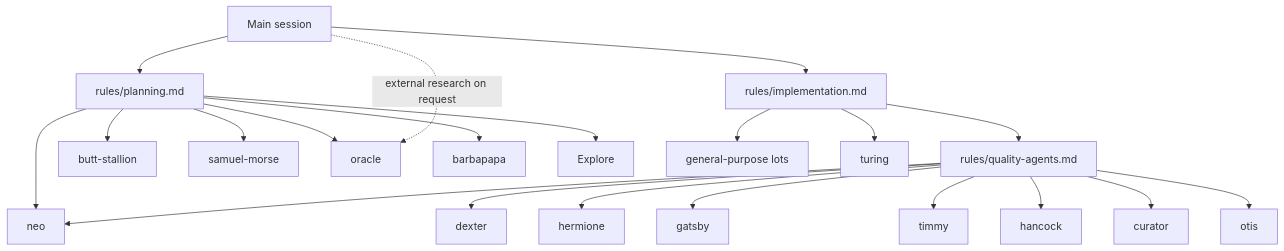
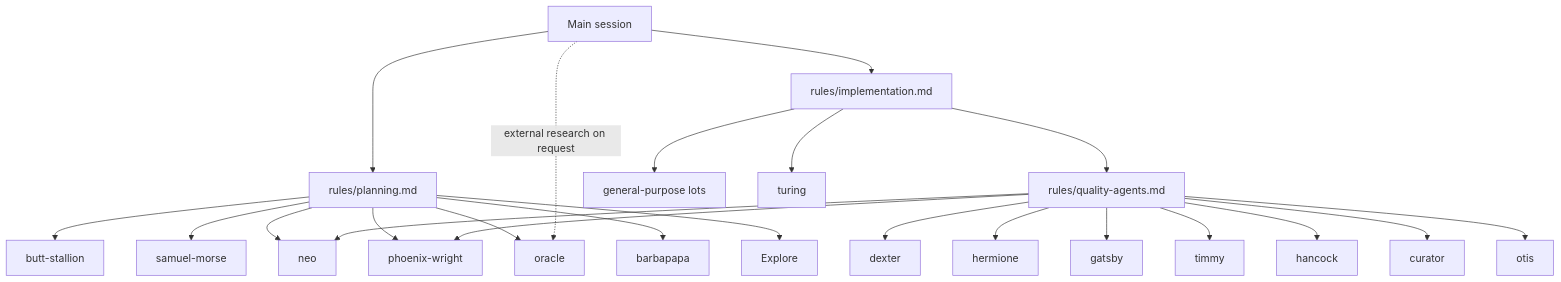
One commit to ThibaultAuge/myAgents changed the first of 2 diagrams in README.md. Above: the diagram before and after it, drawn with Mermaid. The commit also changed other lines of this file and 10 other files, not shown here.

First line of the commit message:
Add phoenix-wright legal compliance agent and per-user agent opt-outs

````diff
--- a/README.md
+++ b/README.md
@@ -62,47 +62,50 @@
 ```mermaid
 flowchart TD
     Session[Main session]
     Planning[rules/planning.md]
     Implementation[rules/implementation.md]
     Quality[rules/quality-agents.md]
 
     Butt[butt-stallion]
     Samuel[samuel-morse]
     Oracle[oracle]
     Barbapapa[barbapapa]
     Explore[Explore]
     Lots[general-purpose lots]
     Neo[neo]
+    Phoenix[phoenix-wright]
     Dexter[dexter]
     Hermione[hermione]
     Gatsby[gatsby]
     Timmy[timmy]
     Hancock[hancock]
     Curator[curator]
     Otis[otis]
     Turing[turing]
 
     Session --> Planning
     Session --> Implementation
     Implementation --> Quality
     Implementation --> Lots
 
     Planning --> Butt
     Planning --> Samuel
     Planning --> Neo
+    Planning --> Phoenix
     Planning --> Oracle
     Planning --> Barbapapa
     Planning --> Explore
 
     Quality --> Dexter
     Quality --> Hermione
     Quality --> Gatsby
     Quality --> Timmy
     Quality --> Neo
+    Quality --> Phoenix
     Quality --> Hancock
     Quality --> Curator
     Quality --> Otis
 
     Implementation --> Turing
     Session -. external research on request .-> Oracle
 ```
````
